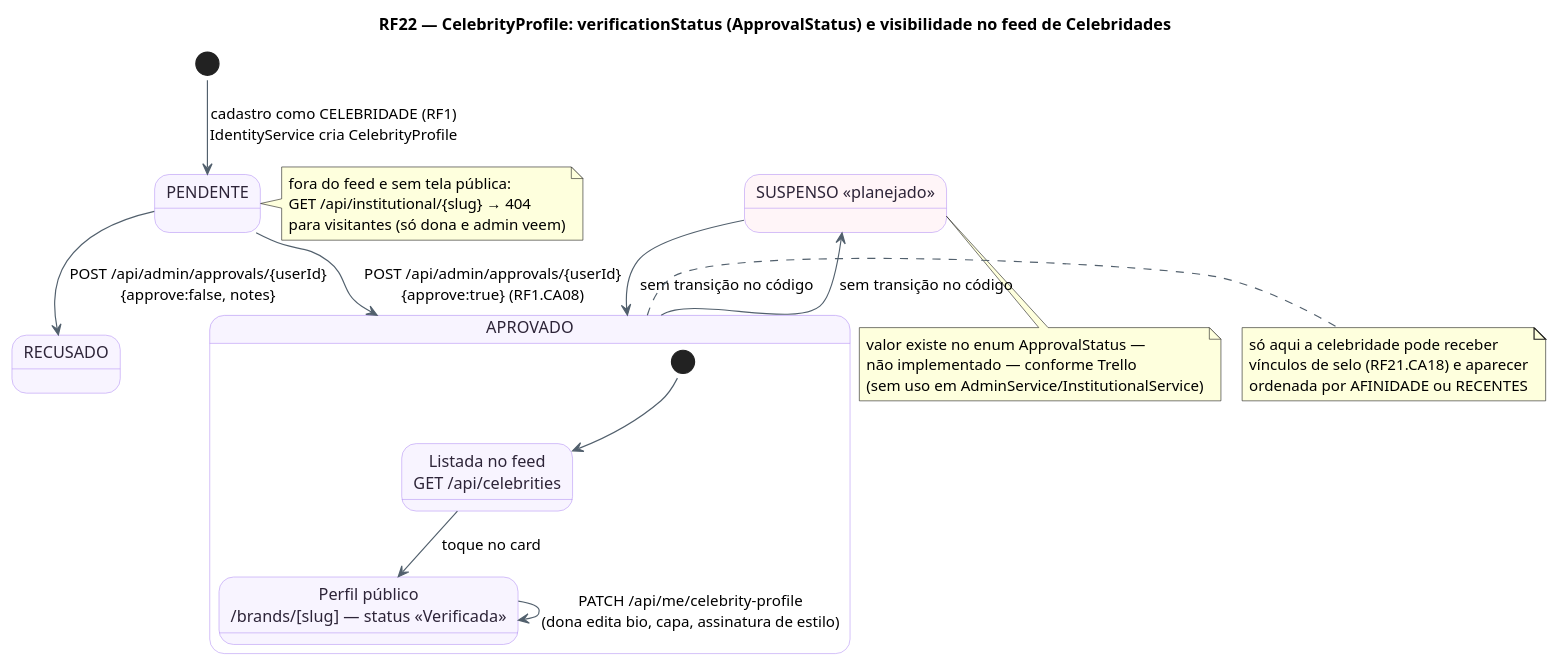
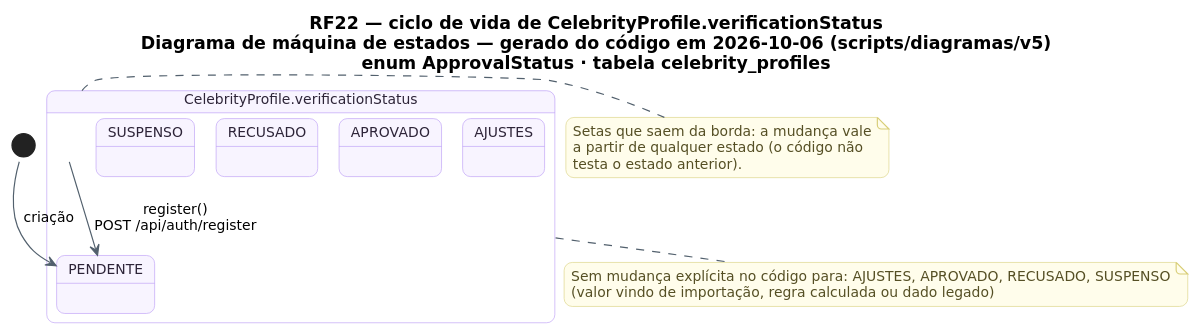
One commit to MatheusHaliski/tcc-2026-fashion-ai-backend changed the diagram in docs/diagramas/RF22/RF22-maquinadeestados-perfil.puml. Above: the diagram before and after it, drawn with PlantUML. The commit also changed 688 other files, not shown here.

```diff
--- a/docs/diagramas/RF22/RF22-maquinadeestados-perfil.puml
+++ b/docs/diagramas/RF22/RF22-maquinadeestados-perfil.puml
@@ -1,29 +1,42 @@
 @startuml RF22_MaquinaDeEstados_Perfil
 !pragma layout smetana
-title RF22 — CelebrityProfile: verificationStatus (ApprovalStatus) e visibilidade no feed de Celebridades
 skinparam backgroundColor #FFFFFF
+skinparam shadowing false
+skinparam defaultFontName "DejaVu Sans"
+skinparam defaultFontSize 12
+skinparam titleFontSize 15
+skinparam roundcorner 14
+skinparam ArrowColor #52606D
+skinparam note {
+  BackgroundColor #FFFDEB
+  BorderColor #D8CE78
+  FontColor #554F24
+}
 skinparam state {
   BackgroundColor #F8F4FF
   BorderColor #B695F5
   FontColor #2D2438
-  ArrowColor #52606D
+  StartColor #20A77A
+  EndColor #4B5563
 }
-[*] --> Pendente : cadastro como CELEBRIDADE (RF1)\nIdentityService cria CelebrityProfile
-state "PENDENTE" as Pendente
-state "APROVADO" as Aprovado {
-  [*] --> Listada
-  state "Listada no feed\nGET /api/celebrities" as Listada
-  state "Perfil público\n/brands/[slug] — status «Verificada»" as Publica
-  Listada --> Publica : toque no card
-  Publica --> Publica : PATCH /api/me/celebrity-profile\n(dona edita bio, capa, assinatura de estilo)
+title RF22 — ciclo de vida de CelebrityProfile.verificationStatus\nDiagrama de máquina de estados — gerado do código em 2026-10-06 (scripts/diagramas/v5)\nenum ApprovalStatus · tabela celebrity_profiles
+
+state "CelebrityProfile.verificationStatus" as Ciclo_CelebrityProfile {
+  state Ciclo_CelebrityProfile_PENDENTE as "PENDENTE"
+  state Ciclo_CelebrityProfile_AJUSTES as "AJUSTES"
+  state Ciclo_CelebrityProfile_APROVADO as "APROVADO"
+  state Ciclo_CelebrityProfile_RECUSADO as "RECUSADO"
+  state Ciclo_CelebrityProfile_SUSPENSO as "SUSPENSO"
 }
-state "RECUSADO" as Recusado
-state "SUSPENSO <<planejado>>" as Suspenso #FFF5F8
-Pendente --> Aprovado : POST /api/admin/approvals/{userId}\n{approve:true} (RF1.CA08)
-Pendente --> Recusado : POST /api/admin/approvals/{userId}\n{approve:false, notes}
-Aprovado --> Suspenso : sem transição no código
-Suspenso --> Aprovado : sem transição no código
-note right of Pendente : fora do feed e sem tela pública:\nGET /api/institutional/{slug} → 404\npara visitantes (só dona e admin veem)
-note right of Aprovado : só aqui a celebridade pode receber\nvínculos de selo (RF21.CA18) e aparecer\nordenada por AFINIDADE ou RECENTES
-note bottom of Suspenso : valor existe no enum ApprovalStatus —\nnão implementado — conforme Trello\n(sem uso em AdminService/InstitutionalService)
+[*] --> Ciclo_CelebrityProfile_PENDENTE : criação
+Ciclo_CelebrityProfile --> Ciclo_CelebrityProfile_PENDENTE : register()\nPOST /api/auth/register
+note bottom of Ciclo_CelebrityProfile
+  Sem mudança explícita no código para: AJUSTES, APROVADO, RECUSADO, SUSPENSO
+  (valor vindo de importação, regra calculada ou dado legado)
+end note
+note right of Ciclo_CelebrityProfile
+  Setas que saem da borda: a mudança vale
+  a partir de qualquer estado (o código não
+  testa o estado anterior).
+end note
 @enduml
```
